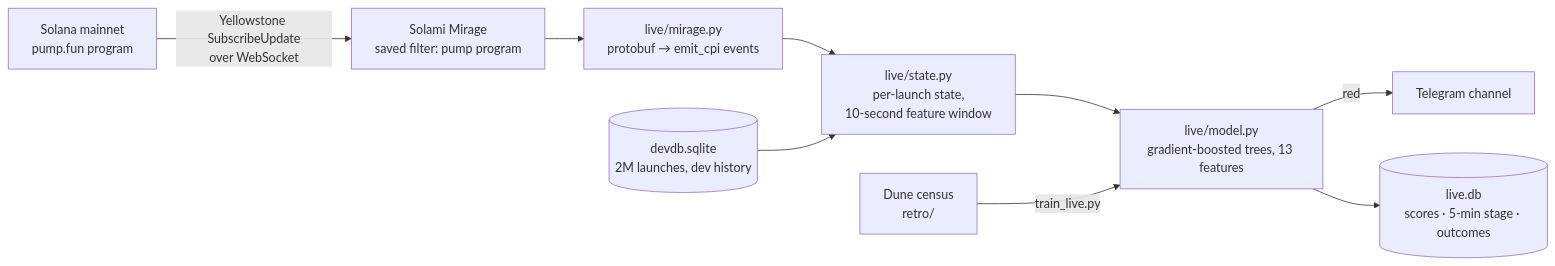
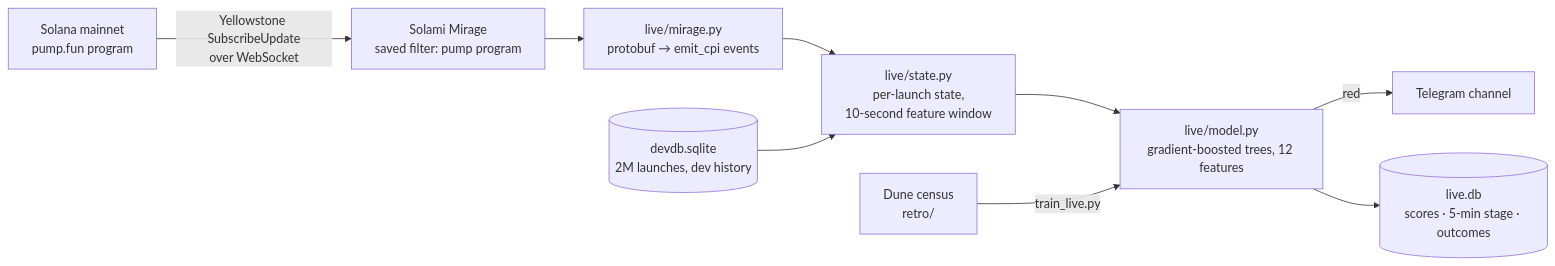
Before and after one commit to Pahan4ek/cluster: the diagram in README.md, drawn with Mermaid. The commit also changed other lines of this file and 8 other files, not shown here.

````diff
--- a/README.md
+++ b/README.md
@@ -52,11 +58,11 @@
 ```mermaid
 flowchart LR
   A[Solana mainnet<br/>pump.fun program] -->|Yellowstone SubscribeUpdate<br/>over WebSocket| B[Solami Mirage<br/>saved filter: pump program]
   B --> C[live/mirage.py<br/>protobuf → emit_cpi events]
   C --> D[live/state.py<br/>per-launch state,<br/>10-second feature window]
-  D --> E[live/model.py<br/>gradient-boosted trees, 13 features]
+  D --> E[live/model.py<br/>gradient-boosted trees, 12 features]
   E -->|red| F[Telegram channel]
   E --> G[(live.db<br/>scores · 5-min stage · outcomes)]
   H[(devdb.sqlite<br/>2M launches, dev history)] --> D
   I[Dune census<br/>retro/] -->|train_live.py| E
 ```
````
